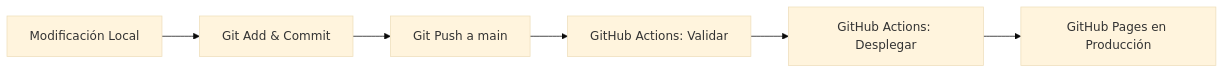
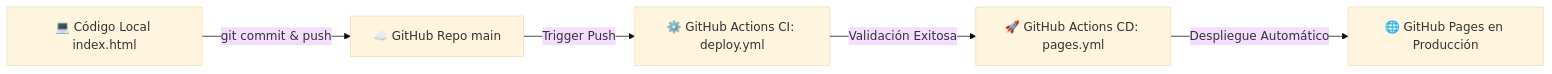
Before and after one commit to stsus20/orona: the diagram in README.md, drawn with Mermaid (base theme). The commit also changed other lines of this file, not shown here.

````diff
--- a/README.md
+++ b/README.md
@@ -23,8 +24,7 @@
 ```mermaid
 flowchart LR
-    A[Modificación Local] --> B[Git Add & Commit]
-    B --> C[Git Push a main]
-    C --> D[GitHub Actions: Validar]
-    D --> E[GitHub Actions: Desplegar]
-    E --> F[GitHub Pages en Producción]
+    A[💻 Código Local index.html] -->|git commit & push| B[☁️ GitHub Repo main]
+    B -->|Trigger Push| C[⚙️ GitHub Actions CI: deploy.yml]
+    C -->|Validación Exitosa| D[🚀 GitHub Actions CD: pages.yml]
+    D -->|Despliegue Automático| E[🌐 GitHub Pages en Producción]
 ```
````
